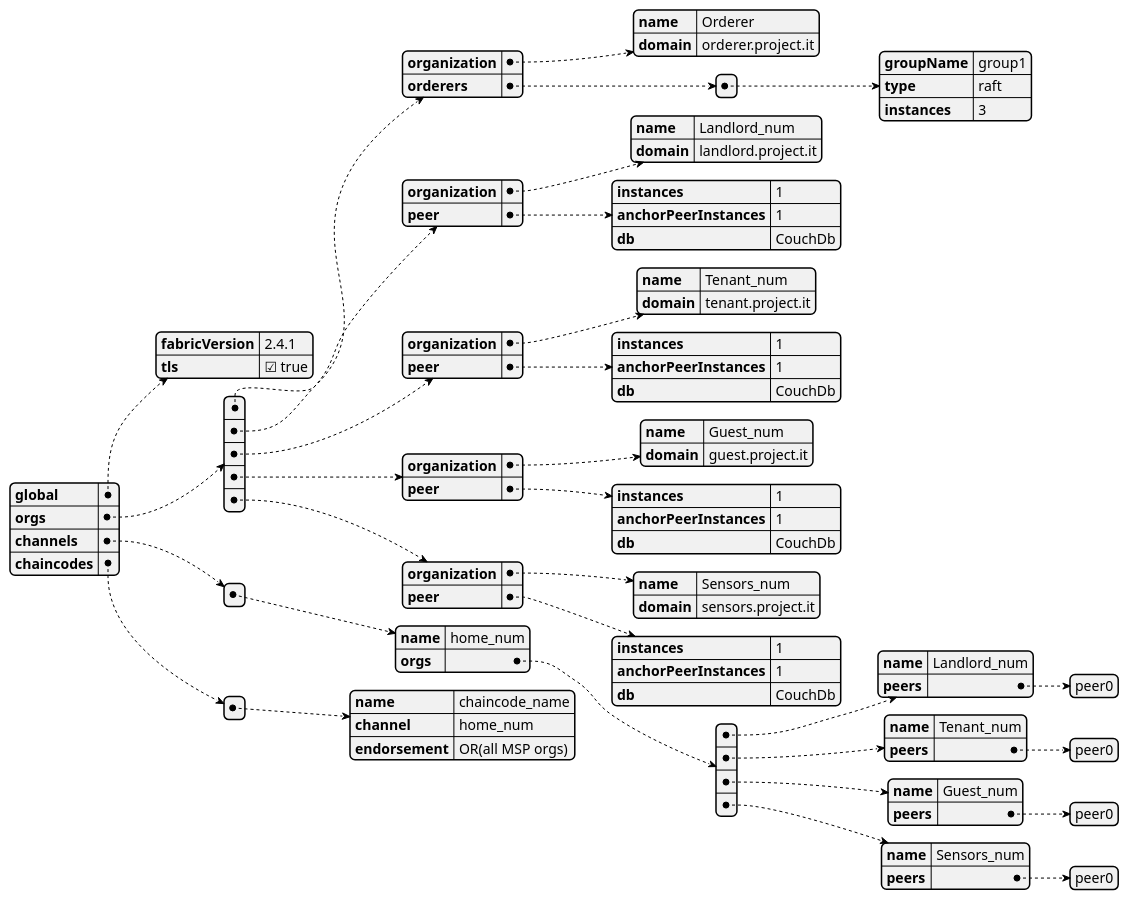
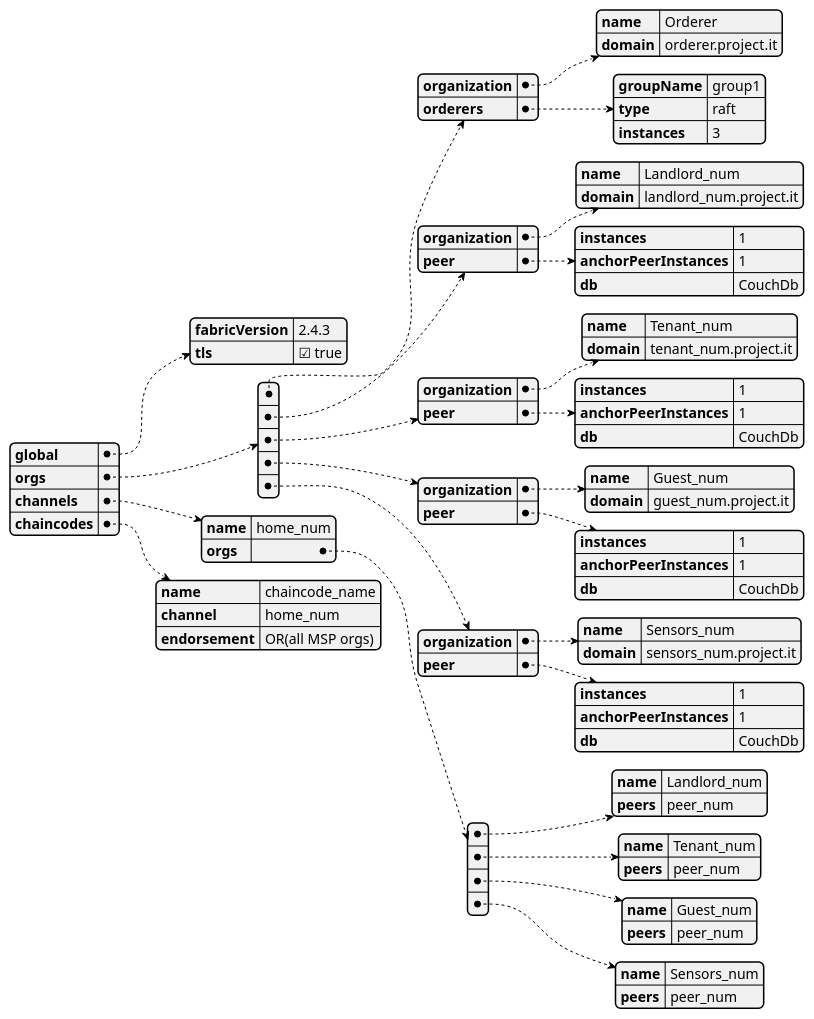
One commit to Fede22dev/My_blockchain_HLF changed the diagram in network/diagrams/json_diagram_network_configuration.puml. Above: the diagram before and after it, drawn with PlantUML. The commit also changed 5 other files, not shown here.

```diff
--- a/network/diagrams/json_diagram_network_configuration.puml
+++ b/network/diagrams/json_diagram_network_configuration.puml
@@ -1,105 +1,93 @@
 @startjson
 {
   "global": {
-    "fabricVersion": "2.4.1",
+    "fabricVersion": "2.4.3",
     "tls": true
   },
   "orgs": [
     {
       "organization": {
         "name": "Orderer",
         "domain": "orderer.project.it"
       },
-      "orderers": [
-        {
+      "orderers": {
           "groupName": "group1",
           "type": "raft",
           "instances": 3
-        }
-      ]
+      }
     },
     {
       "organization": {
         "name": "Landlord_num",
-        "domain": "landlord.project.it"
+        "domain": "landlord_num.project.it"
       },
       "peer": {
         "instances": 1,
         "anchorPeerInstances": 1,
         "db": "CouchDb"
       }
     },
     {
       "organization": {
         "name": "Tenant_num",
-        "domain": "tenant.project.it"
+        "domain": "tenant_num.project.it"
       },
       "peer": {
         "instances": 1,
         "anchorPeerInstances": 1,
         "db": "CouchDb"
       }
     },
     {
       "organization": {
         "name": "Guest_num",
-        "domain": "guest.project.it"
+        "domain": "guest_num.project.it"
       },
       "peer": {
         "instances": 1,
         "anchorPeerInstances": 1,
         "db": "CouchDb"
       }
     },
     {
       "organization": {
         "name": "Sensors_num",
-        "domain": "sensors.project.it"
+        "domain": "sensors_num.project.it"
       },
       "peer": {
         "instances": 1,
         "anchorPeerInstances": 1,
         "db": "CouchDb"
       }
     }
   ],
-  "channels": [
+  "channels":
     {
       "name": "home_num",
       "orgs": [
         {
           "name": "Landlord_num",
-          "peers": [
-            "peer0"
-          ]
+          "peers": "peer_num"
         },
         {
           "name": "Tenant_num",
-          "peers": [
-            "peer0"
-          ]
+          "peers": "peer_num"
         },
         {
           "name": "Guest_num",
-          "peers": [
-            "peer0"
-          ]
+          "peers": "peer_num"
         },
         {
           "name": "Sensors_num",
-          "peers": [
-            "peer0"
-          ]
+          "peers": "peer_num"
         }
       ]
-    }
-  ],
-  "chaincodes": [
+    },
+  "chaincodes":
     {
       "name": "chaincode_name",
       "channel": "home_num",
       "endorsement": "OR(all MSP orgs)"
     }
-  ]
 }
 @endjson
```
